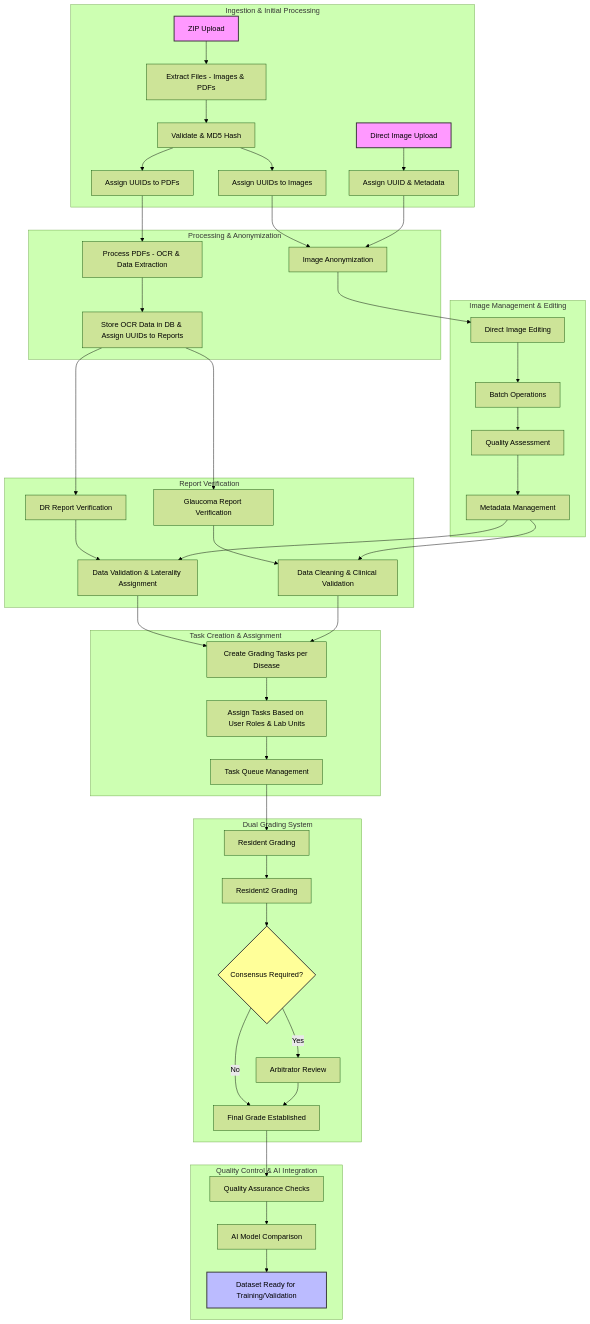
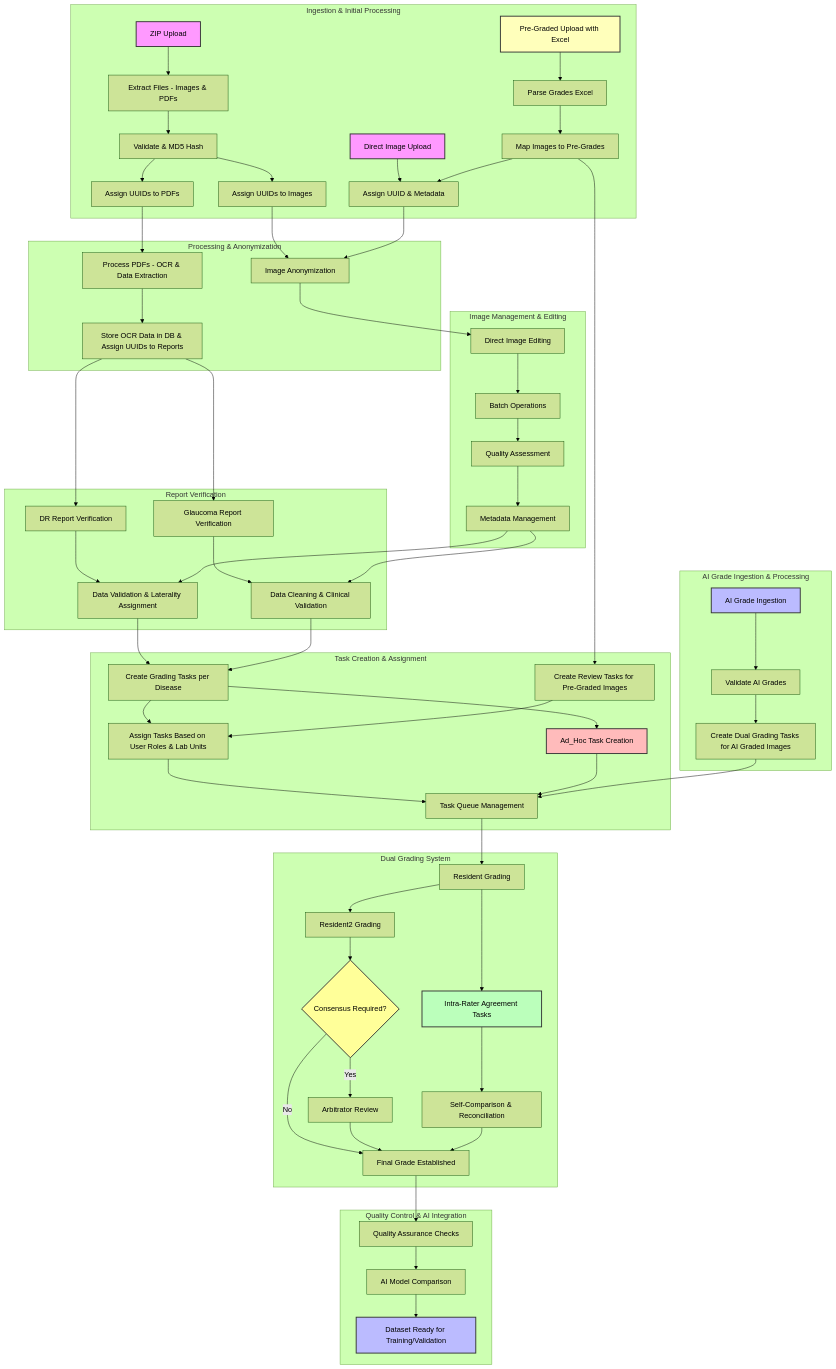
One commit to drguptavivek/fundus_img_xtract changed the diagram in README.md. Above: the diagram before and after it, drawn with Mermaid (forest theme).

````diff
--- a/README.md
+++ b/README.md
@@ -647,6 +647,10 @@
         C --> D2[Assign UUIDs to PDFs];
 
         E[Direct Image Upload] --> F[Assign UUID & Metadata];
+
+        GG[Pre-Graded Upload with Excel] --> HH[Parse Grades Excel];
+        HH --> II[Map Images to Pre-Grades];
+        II --> F;
     end
 
     subgraph Processing & Anonymization
@@ -678,6 +682,18 @@
         K4 --> L;
         L --> M[Assign Tasks Based on User Roles & Lab Units];
         M --> N[Task Queue Management];
+
+        L --> AA[Ad_Hoc Task Creation];
+        AA --> N;
+
+        II --> JJ[Create Review Tasks for Pre-Graded Images];
+        JJ --> M;
+    end
+
+    subgraph AI Grade Ingestion & Processing
+        BB[AI Grade Ingestion] --> CC[Validate AI Grades];
+        CC --> DD[Create Dual Grading Tasks for AI Graded Images];
+        DD --> N;
     end
 
     subgraph Dual Grading System
@@ -687,6 +703,10 @@
         Q -->|Yes| R[Arbitrator Review];
         Q -->|No| S[Final Grade Established];
         R --> S;
+
+        O --> EE[Intra-Rater Agreement Tasks];
+        EE --> FF[Self-Comparison & Reconciliation];
+        FF --> S;
     end
 
     subgraph Quality Control & AI Integration
@@ -697,6 +717,10 @@
 
     style A fill:#f9f,stroke:#333,stroke-width:2px;
     style E fill:#f9f,stroke:#333,stroke-width:2px;
+    style BB fill:#bbf,stroke:#333,stroke-width:2px;
+    style AA fill:#fbb,stroke:#333,stroke-width:2px;
+    style EE fill:#bfb,stroke:#333,stroke-width:2px;
+    style GG fill:#ffb,stroke:#333,stroke-width:2px;
     style V fill:#bbf,stroke:#333,stroke-width:2px;
     style Q fill:#ff9,stroke:#333,stroke-width:2px;
 ```
````
